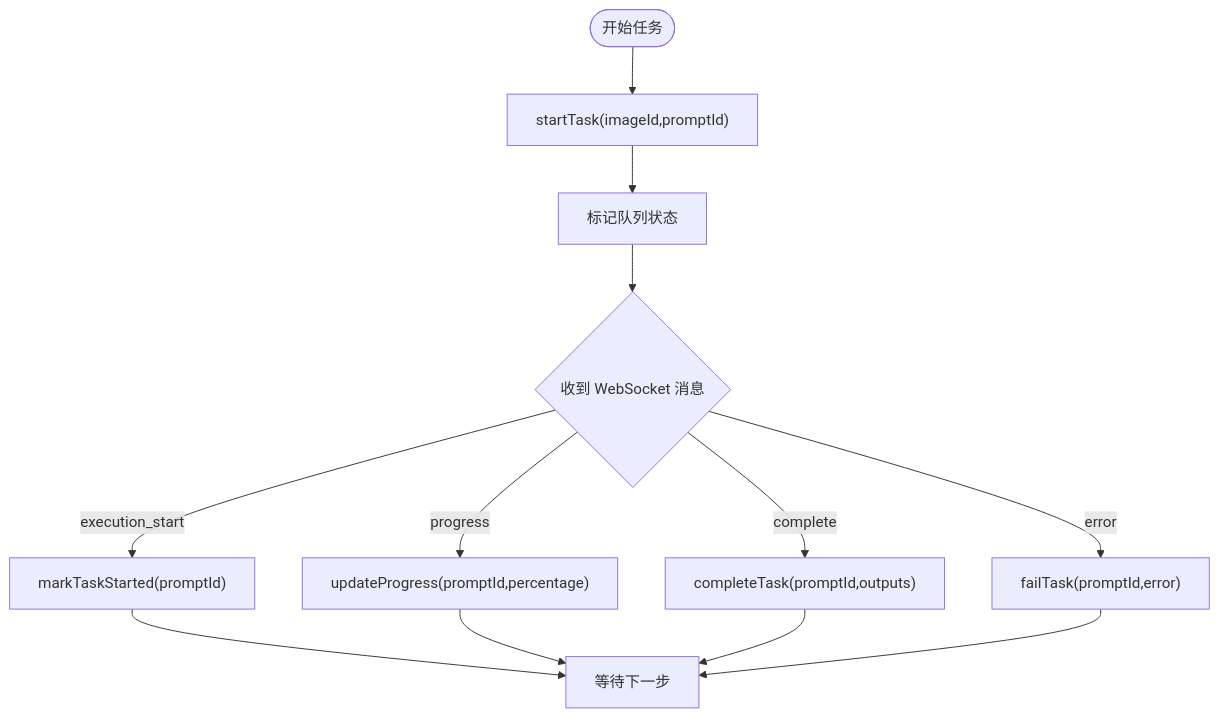
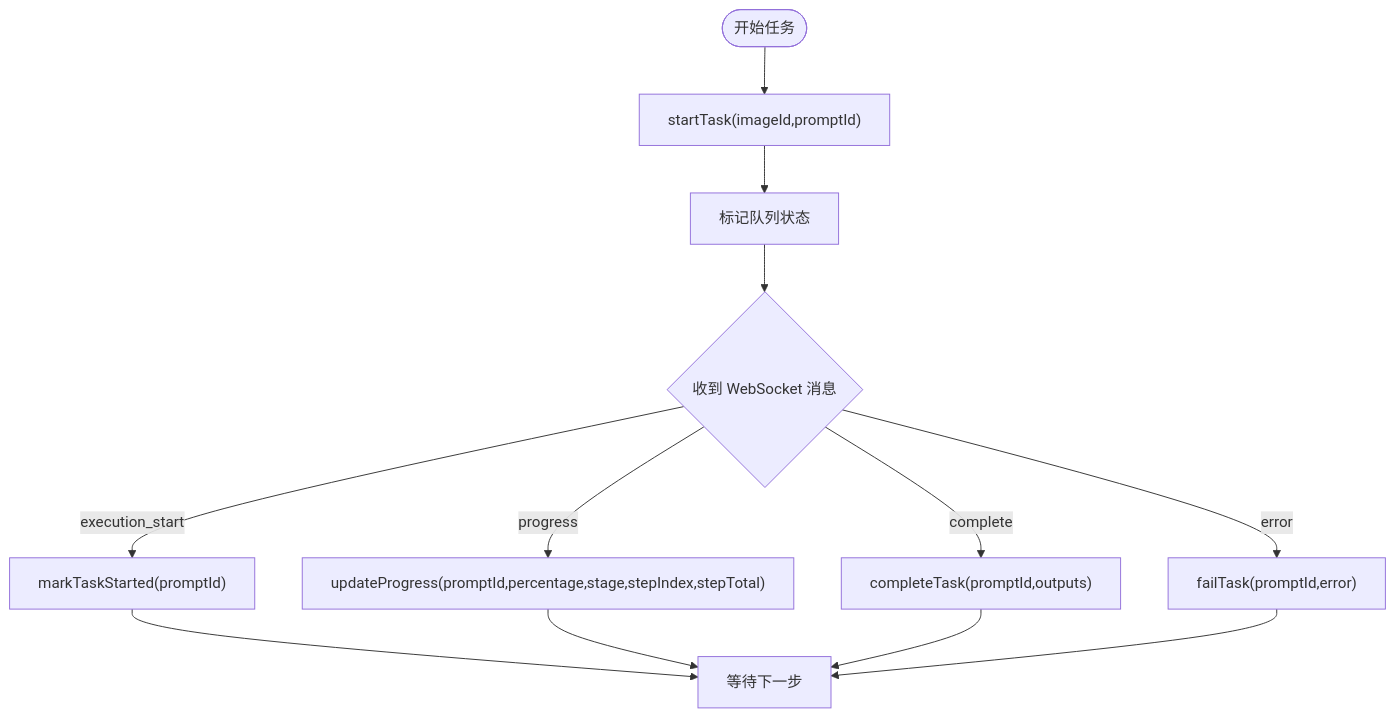
Before and after one commit to billye220670/CorineKit_Pix2Real: the third of 6 diagrams in .qoder/repowiki/zh/content/项目概述/技术架构概览/前端架构设计/状态管理系统.md, drawn with Mermaid. The commit also changed other lines of this file and 13 other files, not shown here.

````diff
--- a/.qoder/repowiki/zh/content/项目概述/技术架构概览/前端架构设计/状态管理系统.md
+++ b/.qoder/repowiki/zh/content/项目概述/技术架构概览/前端架构设计/状态管理系统.md
@@ -188,14 +210,14 @@
 ```mermaid
 flowchart TD
 Start(["开始任务"]) --> Add["startTask(imageId,promptId)"]
 Add --> MarkQueued["标记队列状态"]
 MarkQueued --> WSMsg{"收到 WebSocket 消息"}
 WSMsg --> |execution_start| MarkProc["markTaskStarted(promptId)"]
-WSMsg --> |progress| UpdPct["updateProgress(promptId,percentage)"]
+WSMsg --> |progress| UpdPct["updateProgress(promptId,percentage,stage,stepIndex,stepTotal)"]
 WSMsg --> |complete| Done["completeTask(promptId,outputs)"]
 WSMsg --> |error| Fail["failTask(promptId,error)"]
 MarkProc --> Wait["等待下一步"]
 UpdPct --> Wait
 Done --> Wait
 Fail --> Wait
 ```
````
